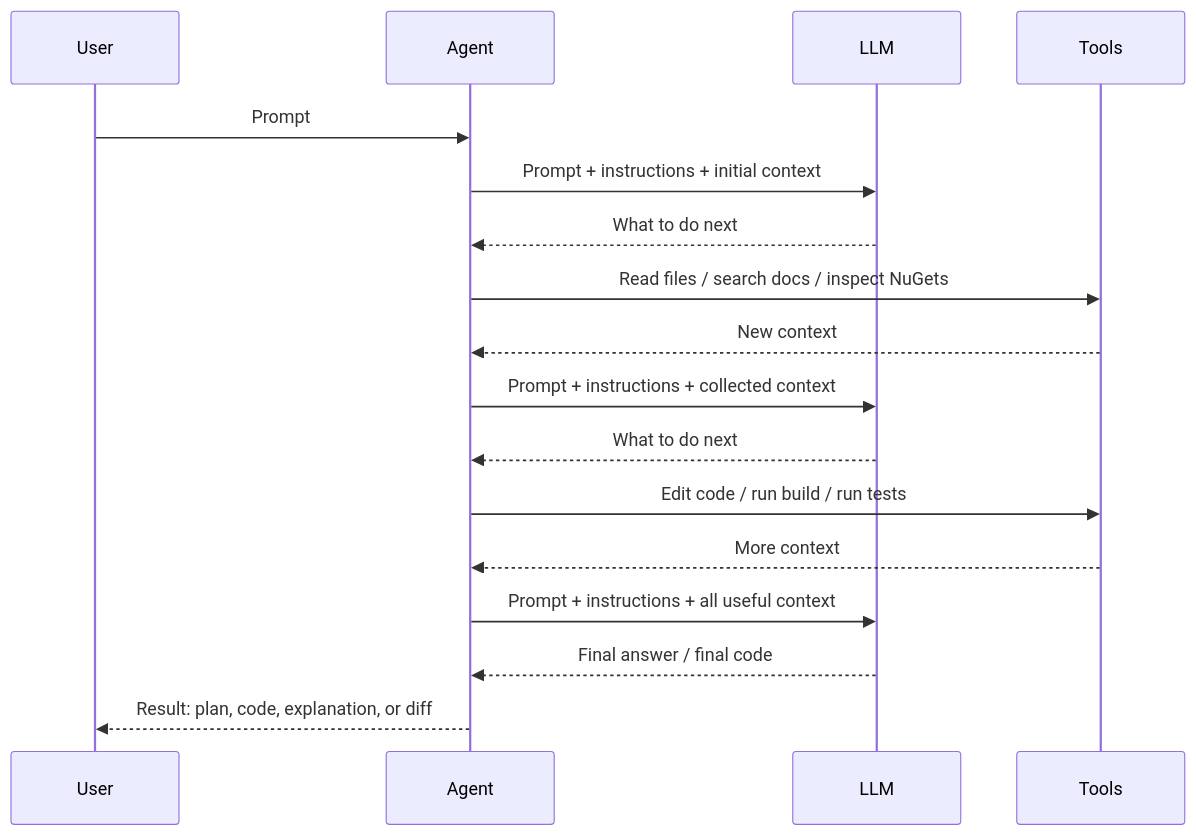
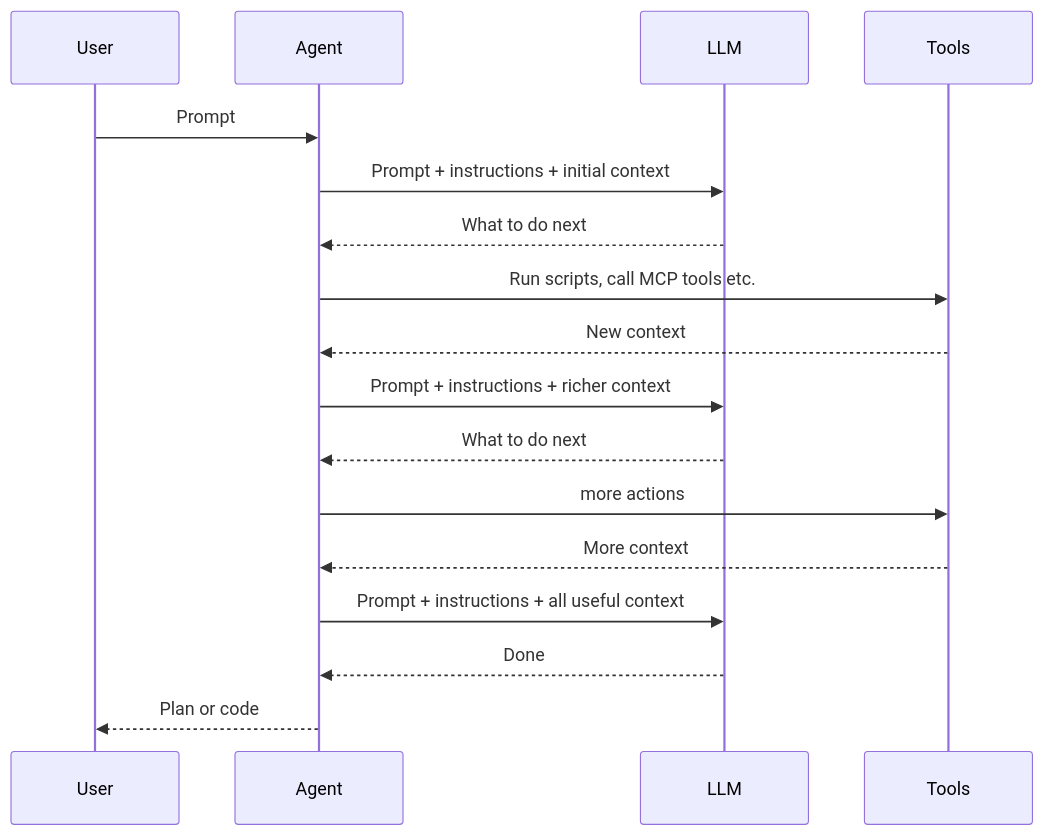
The first of 2 diagrams in design/theory.md (iJustHelp/dev-context-mcp-server), drawn with Mermaid before and after one commit.

````diff
--- a/design/theory.md
+++ b/design/theory.md
@@ -2,26 +2,26 @@
 ```mermaid
 sequenceDiagram
     participant User
     participant Agent
     participant LLM
     participant Tools
 
     User->>Agent: Prompt
 
     Agent->>LLM: Prompt + instructions + initial context
     LLM-->>Agent: What to do next
 
-    Agent->>Tools: Read files / search docs / inspect NuGets
+    Agent->>Tools: Run scripts, call MCP tools etc.
     Tools-->>Agent: New context
 
-    Agent->>LLM: Prompt + instructions + collected context
+    Agent->>LLM: Prompt + instructions + richer context
     LLM-->>Agent: What to do next
 
-    Agent->>Tools: Edit code / run build / run tests
+    Agent->>Tools: more actions
     Tools-->>Agent: More context
 
     Agent->>LLM: Prompt + instructions + all useful context
-    LLM-->>Agent: Final answer / final code
+    LLM-->>Agent: Done
 
-    Agent-->>User: Result: plan, code, explanation, or diff
+    Agent-->>User: Plan or code
 ```
````
